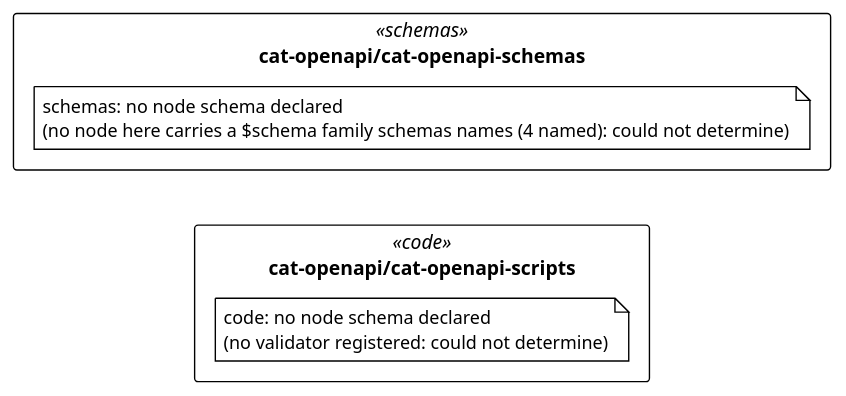
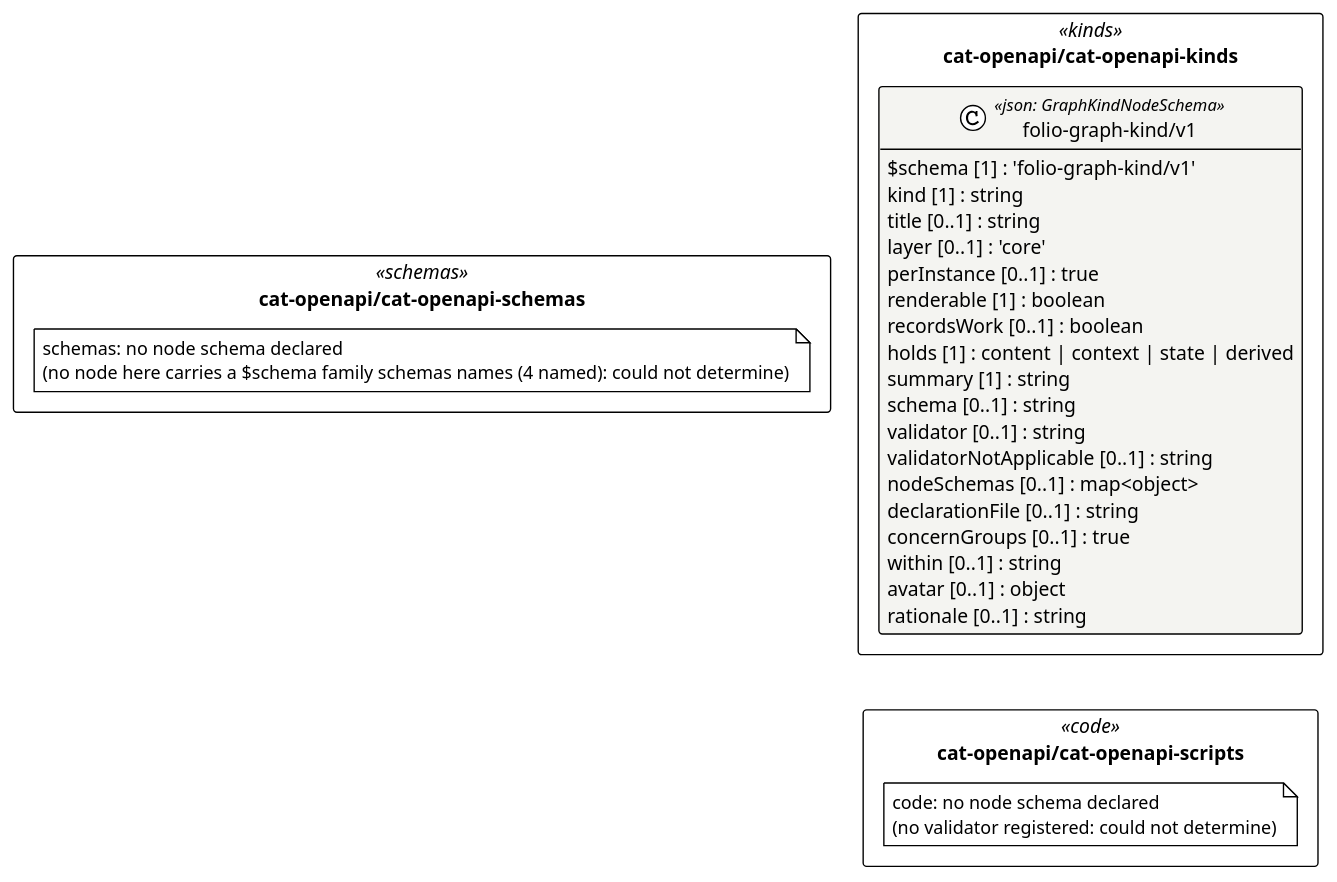
One commit to litlfred/folio-assistant changed the diagram in cat-harness/uml/overview/cat-openapi.puml. Above: the diagram before and after it, drawn with PlantUML. The commit also changed 101 other files, not shown here.

First line of the commit message:
regen for dmx1 (kinds/ READMEs, site data, glossary); kind:register declares it covers the kinds graph

```diff
--- a/cat-harness/uml/overview/cat-openapi.puml
+++ b/cat-harness/uml/overview/cat-openapi.puml
@@ -3,18 +3,40 @@
 @startuml cat_openapi
 !pragma layout elk
 !theme plain
 skinparam classAttributeIconSize 0
 skinparam shadowing false
 skinparam packageStyle rectangle
 hide empty methods
 
+package "cat-openapi/cat-openapi-kinds" as pkg_cat_openapi_cat_openapi_kinds <<kinds>> {
+  class "folio-graph-kind/v1" as cat_openapi_cat_openapi_kinds_folio_graph_kind_v1_folio_graph_kind_v1 <<json: GraphKindNodeSchema>> #f4f4f1 {
+    $schema [1] : 'folio-graph-kind/v1'
+    kind [1] : string
+    title [0..1] : string
+    layer [0..1] : 'core'
+    perInstance [0..1] : true
+    renderable [1] : boolean
+    recordsWork [0..1] : boolean
+    holds [1] : content | context | state | derived
+    summary [1] : string
+    schema [0..1] : string
+    validator [0..1] : string
+    validatorNotApplicable [0..1] : string
+    nodeSchemas [0..1] : map<object>
+    declarationFile [0..1] : string
+    concernGroups [0..1] : true
+    within [0..1] : string
+    avatar [0..1] : object
+    rationale [0..1] : string
+  }
+}
 package "cat-openapi/cat-openapi-schemas" as pkg_cat_openapi_cat_openapi_schemas <<schemas>> {
   note "schemas: no node schema declared\n(no node here carries a $schema family schemas names (4 named): could not determine)" as n_cat_openapi_cat_openapi_schemas_schemas
 }
 package "cat-openapi/cat-openapi-scripts" as pkg_cat_openapi_cat_openapi_scripts <<code>> {
   note "code: no node schema declared\n(no validator registered: could not determine)" as n_cat_openapi_cat_openapi_scripts_code
 }
 
-' grid: portrait, 1 column(s) — pkg_cat_openapi_cat_openapi_schemas pkg_cat_openapi_cat_openapi_scripts
-pkg_cat_openapi_cat_openapi_schemas -[hidden]down- pkg_cat_openapi_cat_openapi_scripts
+' grid: portrait, 2 column(s) — pkg_cat_openapi_cat_openapi_kinds pkg_cat_openapi_cat_openapi_schemas pkg_cat_openapi_cat_openapi_scripts
+pkg_cat_openapi_cat_openapi_kinds -[hidden]down- pkg_cat_openapi_cat_openapi_scripts
 @enduml
```
